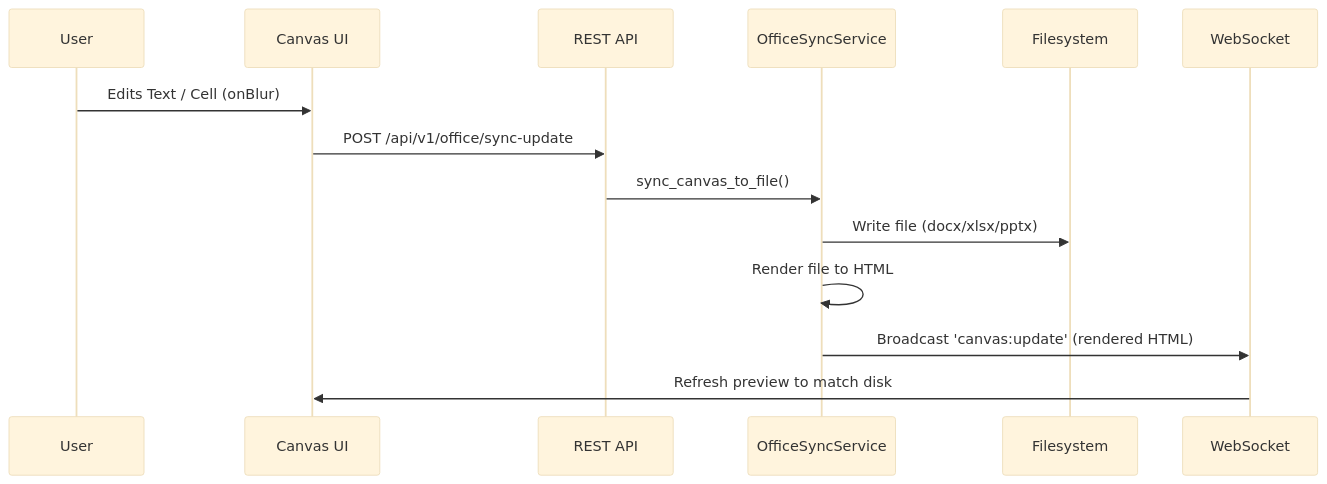
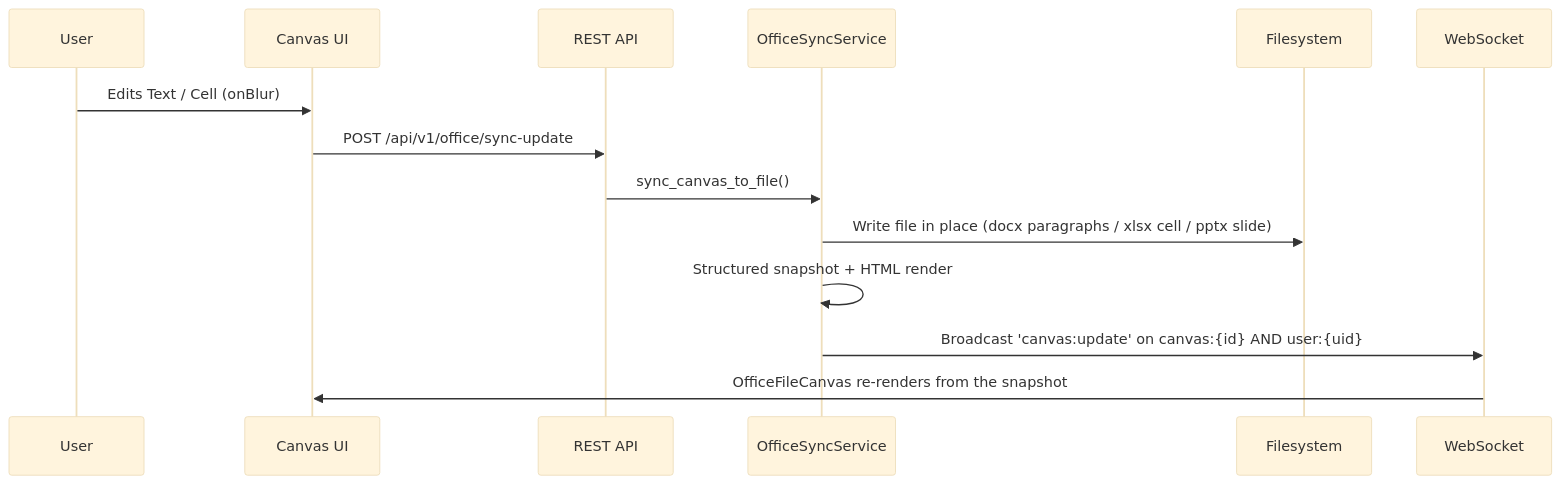
One commit to rush86999/atom changed the diagram in docs/guides/ATOM_OFFICE_AUTOMATION_GUIDE.md. Above: the diagram before and after it, drawn with Mermaid (base theme). The commit also changed other lines of this file and 24 other files, not shown here.

First line of the commit message:
feat(office): bidirectional canvas co-editing for xlsx/docx/pptx + fix duplicate sidebars

````diff
--- a/docs/guides/ATOM_OFFICE_AUTOMATION_GUIDE.md
+++ b/docs/guides/ATOM_OFFICE_AUTOMATION_GUIDE.md
@@ -67,10 +67,10 @@
 ```mermaid
 sequenceDiagram
     User->>Canvas UI: Edits Text / Cell (onBlur)
     Canvas UI->>REST API: POST /api/v1/office/sync-update
     REST API->>OfficeSyncService: sync_canvas_to_file()
-    OfficeSyncService->>Filesystem: Write file (docx/xlsx/pptx)
-    OfficeSyncService->>OfficeSyncService: Render file to HTML
-    OfficeSyncService->>WebSocket: Broadcast 'canvas:update' (rendered HTML)
-    WebSocket->>Canvas UI: Refresh preview to match disk
+    OfficeSyncService->>Filesystem: Write file in place (docx paragraphs / xlsx cell / pptx slide)
+    OfficeSyncService->>OfficeSyncService: Structured snapshot + HTML render
+    OfficeSyncService->>WebSocket: Broadcast 'canvas:update' on canvas:{id} AND user:{uid}
+    WebSocket->>Canvas UI: OfficeFileCanvas re-renders from the snapshot
 ```
````
